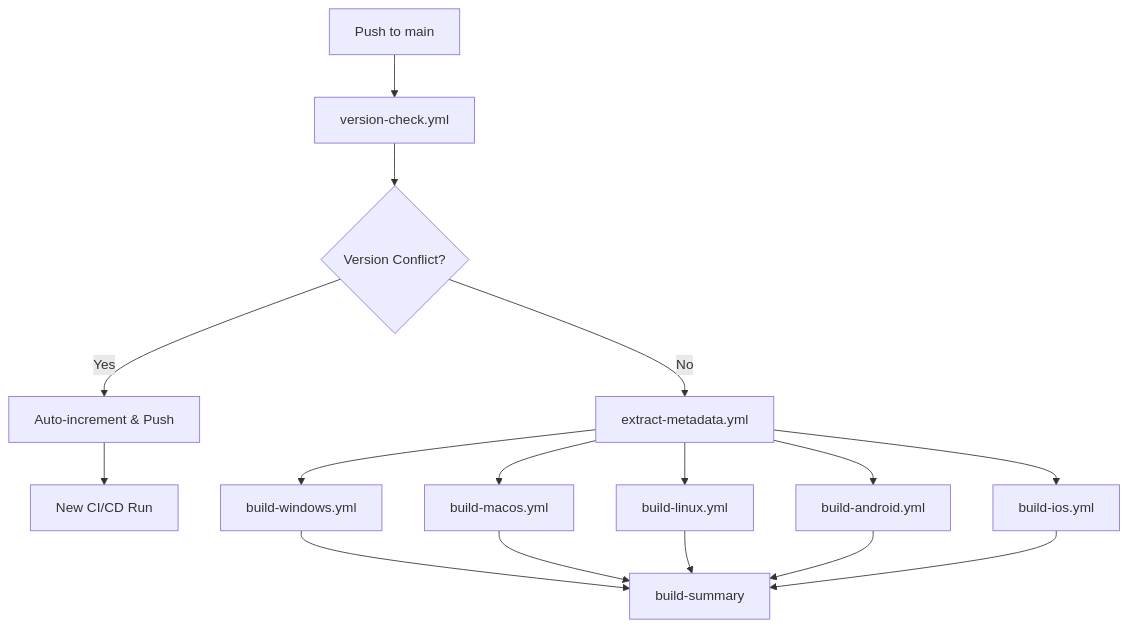
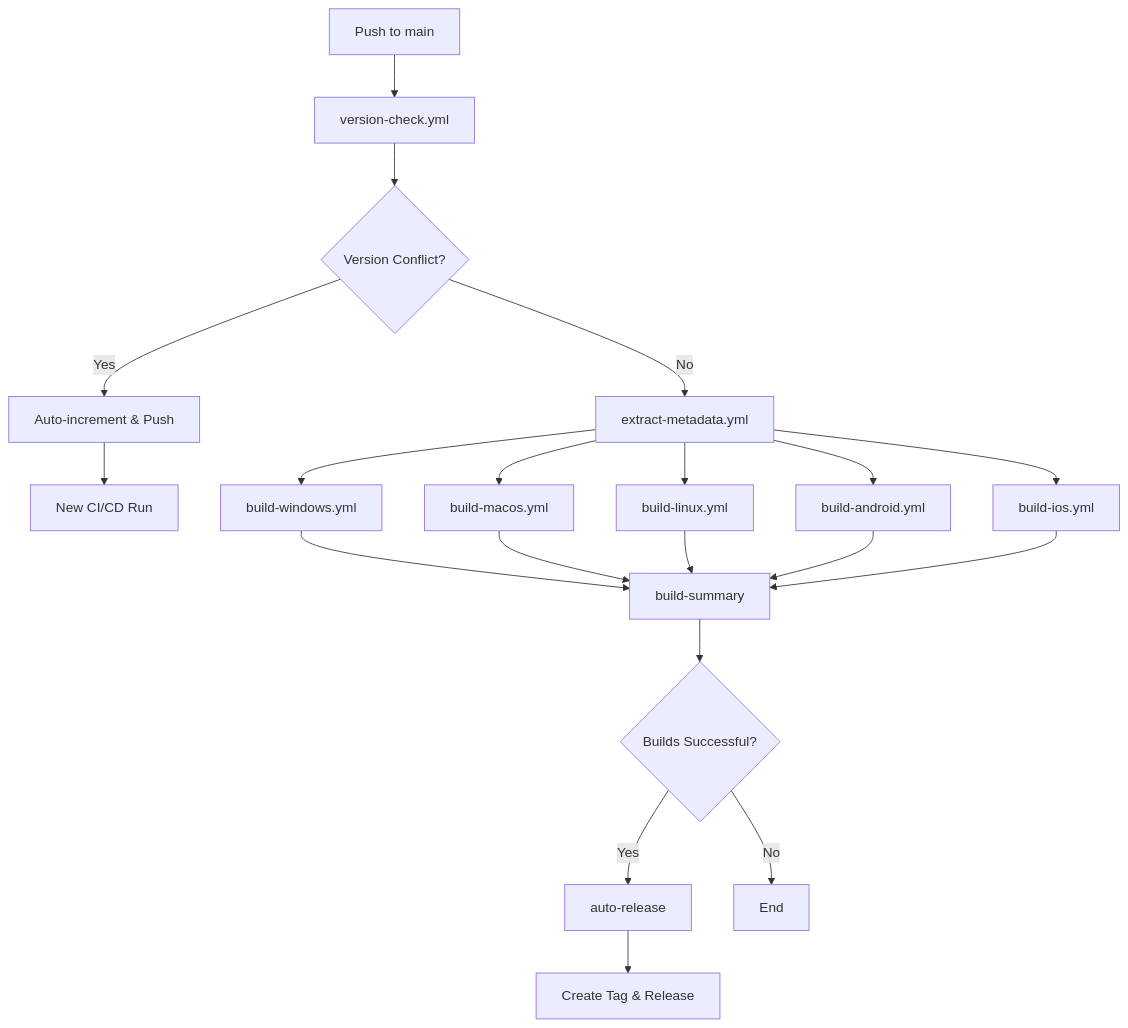
Before and after one commit to yiheee-lab/tauri-template: the diagram in .github/workflows/README.md, drawn with Mermaid. The commit also changed other lines of this file and 2 other files, not shown here.

````diff
--- a/.github/workflows/README.md
+++ b/.github/workflows/README.md
@@ -190,18 +195,22 @@
 ```mermaid
 graph TD
     A[Push to main] --> B[version-check.yml]
     B --> C{Version Conflict?}
     C -->|Yes| D[Auto-increment & Push]
     C -->|No| E[extract-metadata.yml]
     D --> F[New CI/CD Run]
     E --> G[build-windows.yml]
     E --> H[build-macos.yml]
     E --> I[build-linux.yml]
     E --> J[build-android.yml]
     E --> K[build-ios.yml]
     G --> L[build-summary]
     H --> L
     I --> L
     J --> L
     K --> L
+    L --> M{Builds Successful?}
+    M -->|Yes| N[auto-release]
+    M -->|No| O[End]
+    N --> P[Create Tag & Release]
 ```
````
